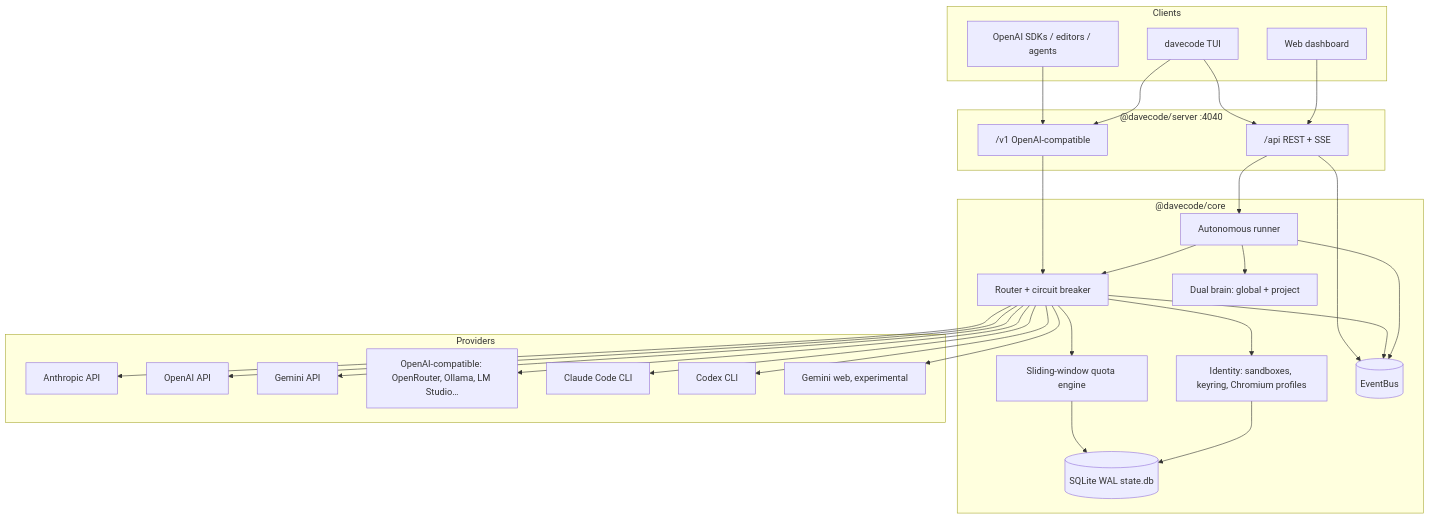
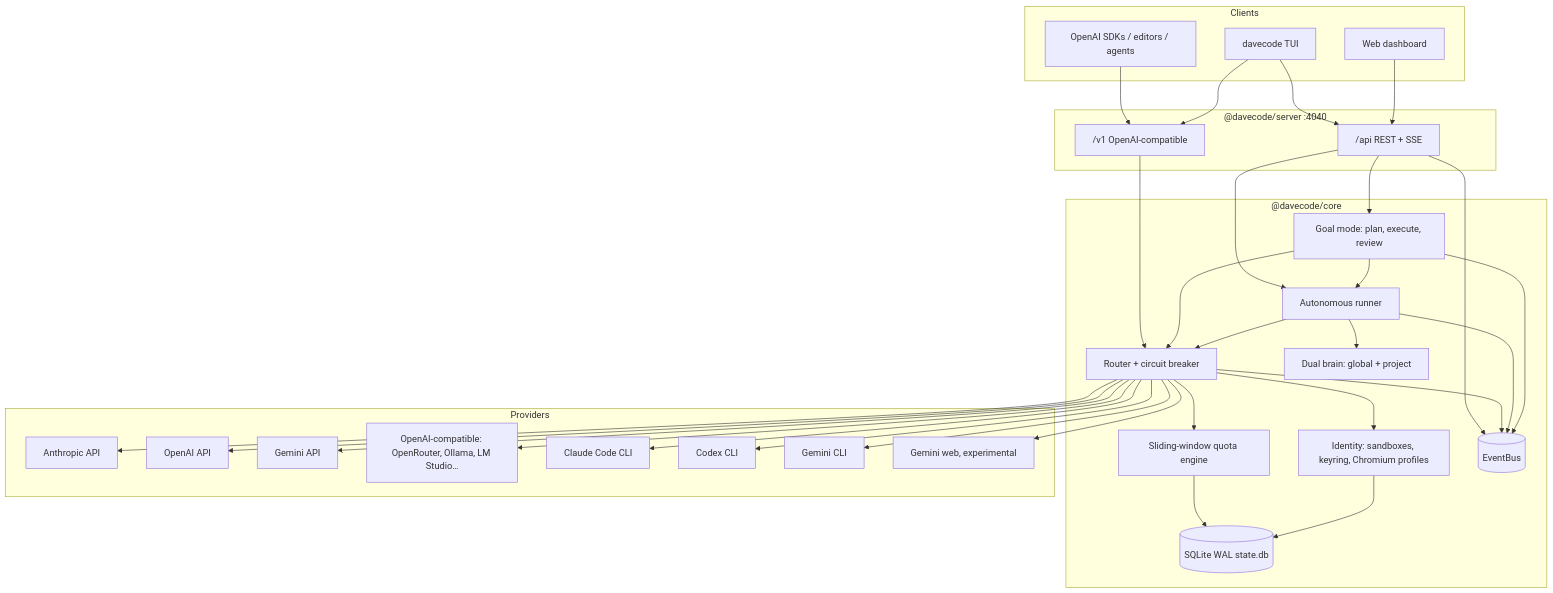
One commit to DMRLZZ/DaveCode changed the first of 2 diagrams in docs/ARCHITECTURE.md. Above: the diagram before and after it, drawn with Mermaid. The commit also changed other lines of this file and 2 other files, not shown here.

First line of the commit message:
docs: goal endpoints, budget, connection flow and Antigravity limits

````diff
--- a/docs/ARCHITECTURE.md
+++ b/docs/ARCHITECTURE.md
@@ -15,50 +15,56 @@
 ```mermaid
 flowchart TB
   subgraph Clients
     SDK[OpenAI SDKs / editors / agents]
     TUI[davecode TUI]
     WEB[Web dashboard]
   end
 
   subgraph Gateway["@davecode/server :4040"]
     V1["/v1 OpenAI-compatible"]
     API["/api REST + SSE"]
   end
 
   subgraph Core["@davecode/core"]
     ROUTER[Router + circuit breaker]
     QUOTA[Sliding-window quota engine]
     ID[Identity: sandboxes, keyring, Chromium profiles]
     BRAIN[Dual brain: global + project]
     RUNNER[Autonomous runner]
+    GOAL[Goal mode: plan, execute, review]
     BUS[(EventBus)]
     DB[(SQLite WAL state.db)]
   end
 
   subgraph Providers
     ANT[Anthropic API]
     OAI[OpenAI API]
     GEM[Gemini API]
     OC[OpenAI-compatible: OpenRouter, Ollama, LM Studio…]
     CC[Claude Code CLI]
     CX[Codex CLI]
+    GC[Gemini CLI]
     GW[Gemini web, experimental]
   end
 
   SDK --> V1
   TUI --> V1
   TUI --> API
   WEB --> API
   V1 --> ROUTER
   API --> RUNNER
+  API --> GOAL
   API --> BUS
+  GOAL --> RUNNER
+  GOAL --> ROUTER
   RUNNER --> BRAIN
   RUNNER --> ROUTER
   ROUTER --> QUOTA
   ROUTER --> ID
   QUOTA --> DB
   ID --> DB
-  ROUTER --> ANT & OAI & GEM & OC & CC & CX & GW
+  ROUTER --> ANT & OAI & GEM & OC & CC & CX & GC & GW
   ROUTER --> BUS
   RUNNER --> BUS
+  GOAL --> BUS
 ```
````
